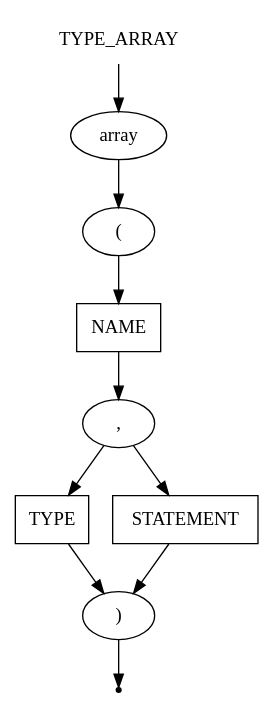
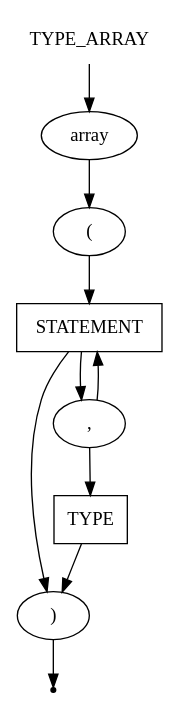
The diagram in src/CodeParser/grammar/type_array.gv (mshnschnko/ProMa), drawn with Graphviz before and after one commit. The commit also changed 16 other files, not shown here.

```diff
--- a/src/CodeParser/grammar/type_array.gv
+++ b/src/CodeParser/grammar/type_array.gv
@@ -1,21 +1,20 @@
 digraph TYPE_ARRAY{
     start [label=TYPE_ARRAY shape=plaintext]
     array [label=array shape=oval]
     open [label="(" shape=oval]
-    name [label=NAME shape=box]
     type [label=TYPE shape=box]
     statement [label=STATEMENT shape=box]
     close [label=")" shape=oval]
     comma [label="," shape=oval]
     end [label="" shape=point]
 
     start -> array
     array -> open
-    open -> name
-    name -> comma
+    open -> statement
+    statement -> comma
     comma -> type
     comma -> statement
     type -> close
     statement -> close
     close -> end
 }
```
